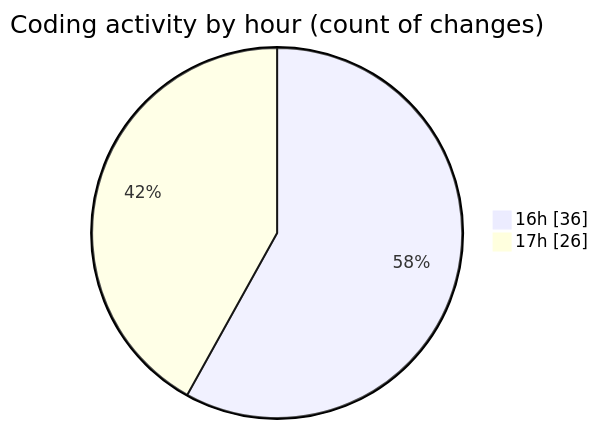
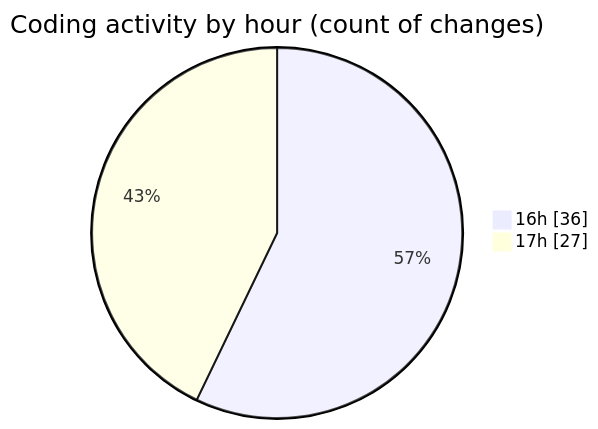
Before and after one commit to robertbonfada/code-tracking: the second of 2 diagrams in 2025-03-11/mbc-web/README.md, drawn with Mermaid. The commit also changed other lines of this file and 1 other file, not shown here.

````diff
--- a/2025-03-11/mbc-web/README.md
+++ b/2025-03-11/mbc-web/README.md
@@ -41,6 +41,6 @@
 ```mermaid
 pie showData
 title Coding activity by hour (count of changes)
 "16h" : 36
-"17h" : 26
+"17h" : 27
 ```
````
